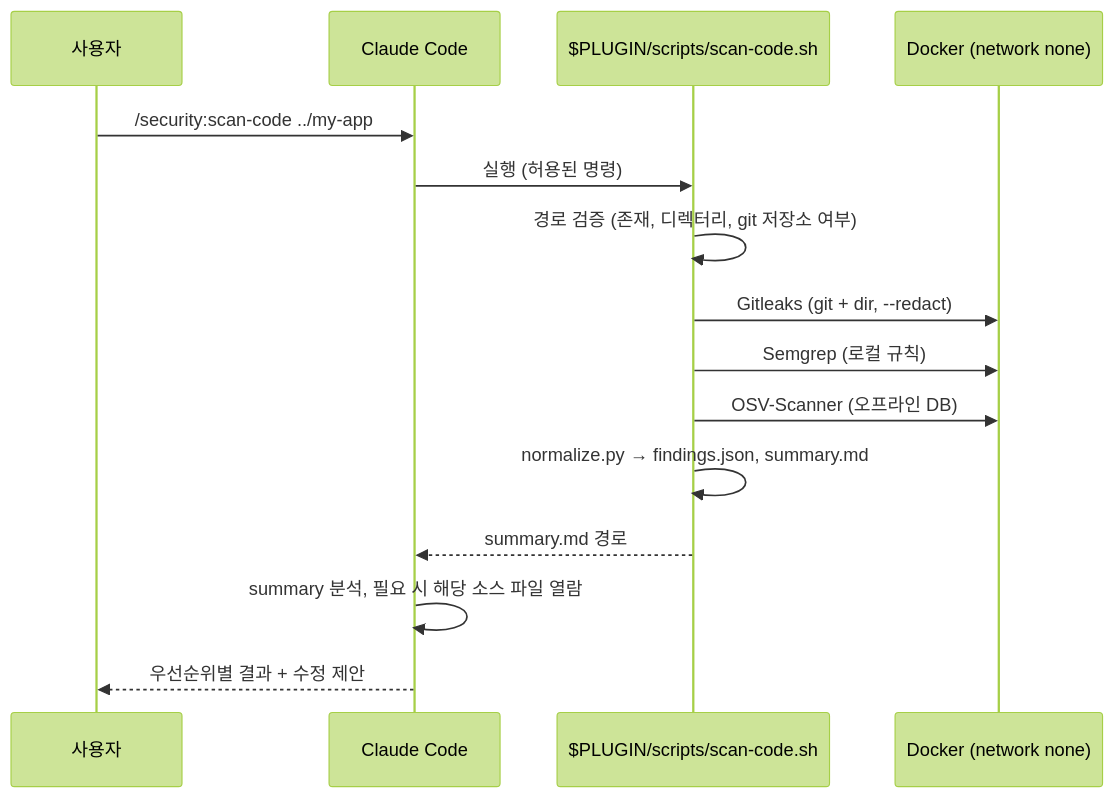
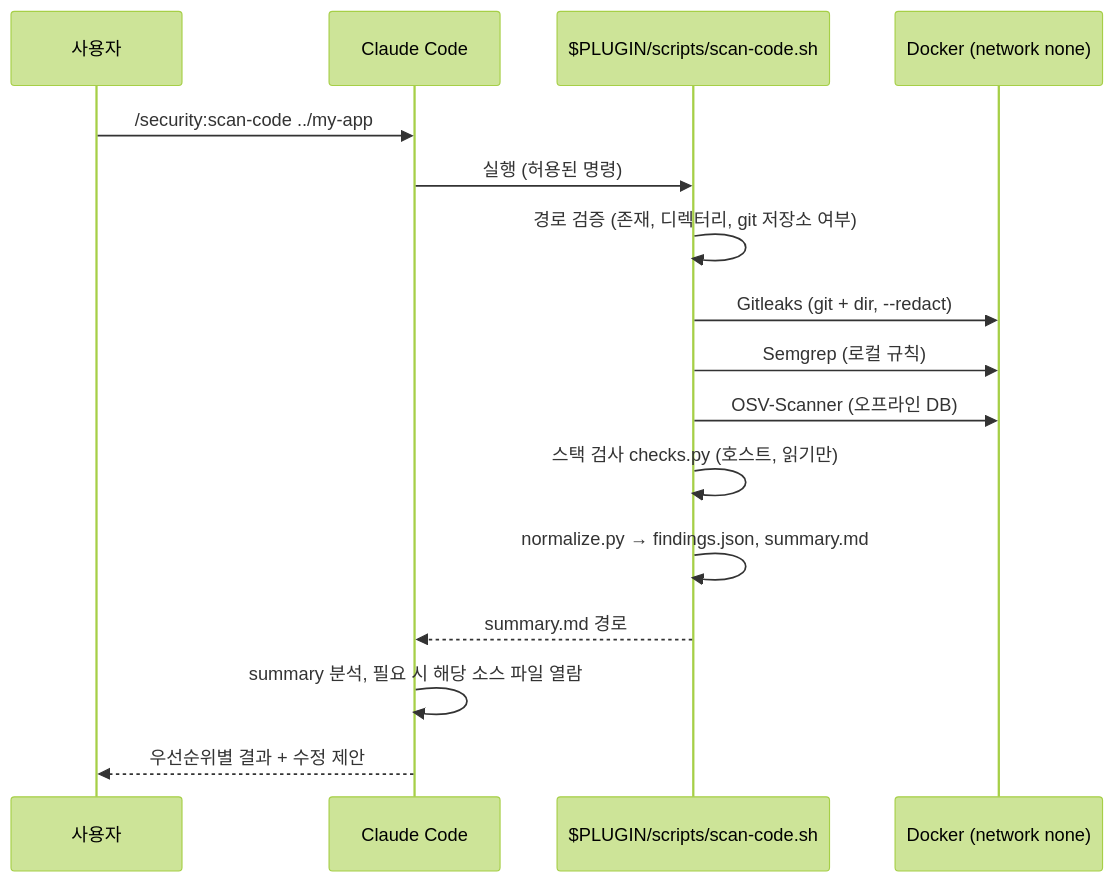
One commit to wnsgur9137/dev-workflow-kit changed the diagram in docs/security/03 워크플로/scan-code.md. Above: the diagram before and after it, drawn with Mermaid (forest theme). The commit also changed 8 other files, not shown here.

````diff
--- a/docs/security/03 워크플로/scan-code.md
+++ b/docs/security/03 워크플로/scan-code.md
@@ -18,17 +18,18 @@
 ```mermaid
 sequenceDiagram
     participant U as 사용자
     participant C as Claude Code
     participant S as $PLUGIN/scripts/scan-code.sh
     participant D as Docker (network none)
     U->>C: /security:scan-code ../my-app
     C->>S: 실행 (허용된 명령)
     S->>S: 경로 검증 (존재, 디렉터리, git 저장소 여부)
     S->>D: Gitleaks (git + dir, --redact)
     S->>D: Semgrep (로컬 규칙)
     S->>D: OSV-Scanner (오프라인 DB)
+    S->>S: 스택 검사 checks.py (호스트, 읽기만)
     S->>S: normalize.py → findings.json, summary.md
     S-->>C: summary.md 경로
     C->>C: summary 분석, 필요 시 해당 소스 파일 열람
     C-->>U: 우선순위별 결과 + 수정 제안
 ```
````
